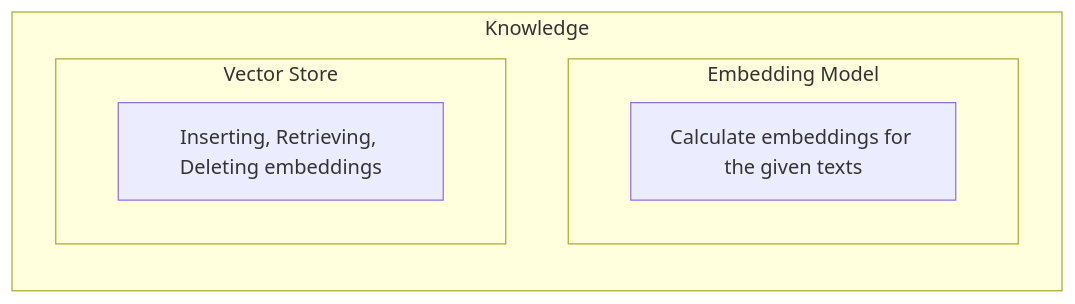
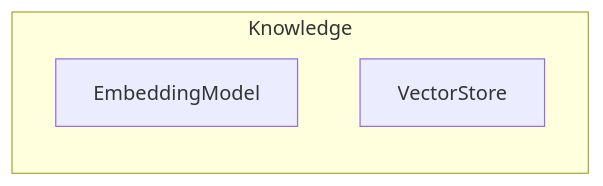
The second of 2 diagrams in docs/docs/concepts/architecture.mdx (brekkylab/ailoy), drawn with Mermaid before and after one commit. The commit also changed other lines of this file and 2 other files, not shown here.

````diff
--- a/docs/docs/concepts/architecture.mdx
+++ b/docs/docs/concepts/architecture.mdx
@@ -76,12 +126,8 @@
 ```mermaid
 flowchart TD
   subgraph Knowledge["Knowledge"]
     direction TB
-    subgraph Embedding["Embedding Model"]
-      E[Calculate embeddings for the given texts]
-    end
-    subgraph VectorStore["Vector Store"]
-      V[Inserting, Retrieving, Deleting embeddings]
-    end
+    E["EmbeddingModel"]
+    V["VectorStore"]
   end
 ```
````
